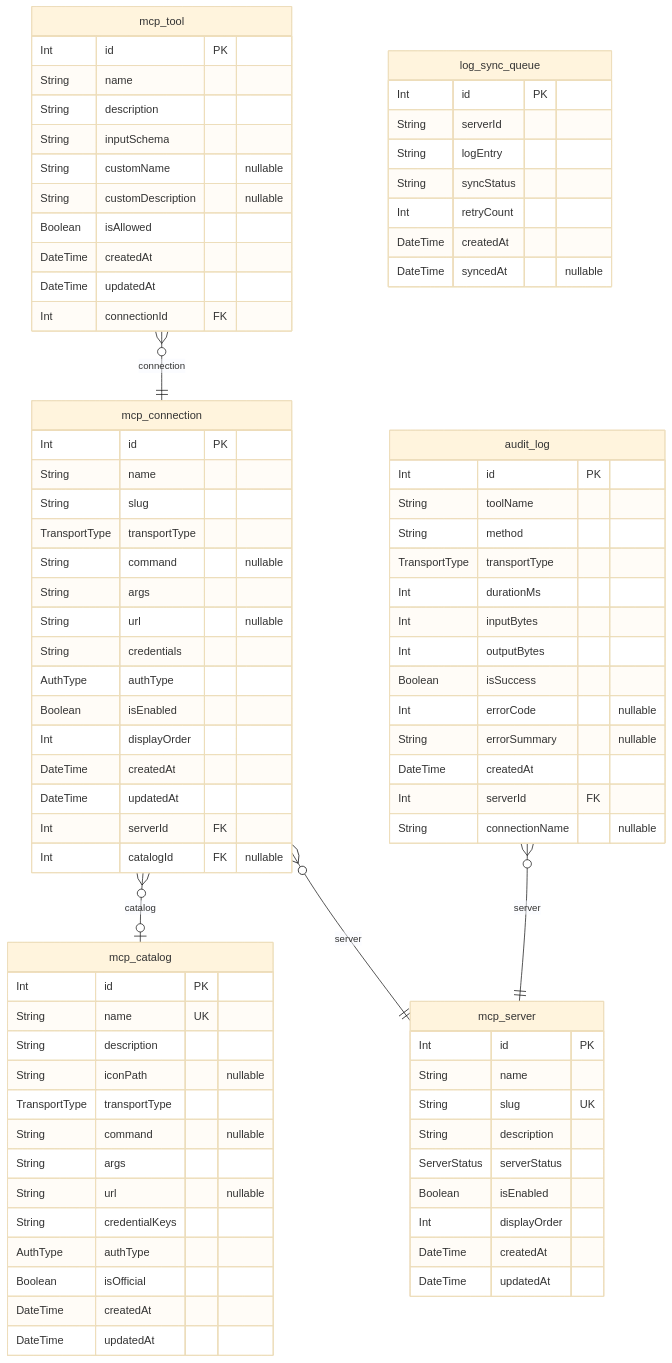
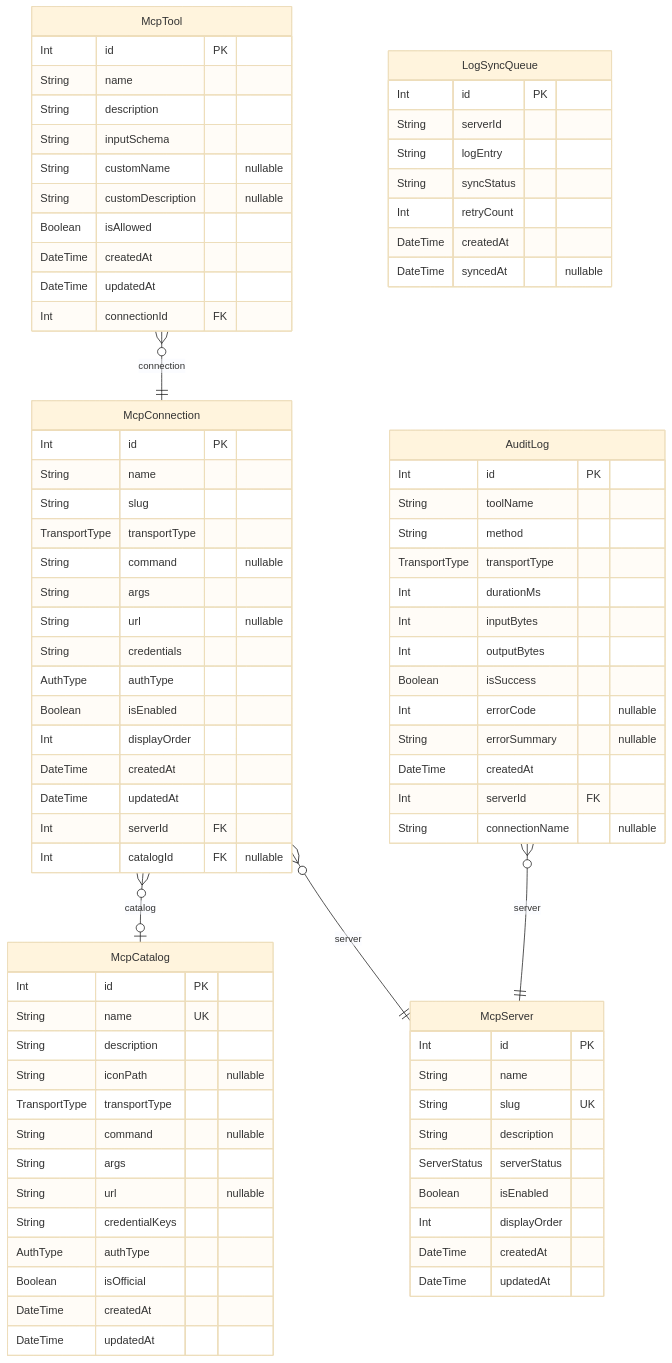
The second of 2 diagrams in apps/desktop/prisma/README.md (rayven122/tumiki), drawn with Mermaid (base theme) before and after one commit. The commit also changed other lines of this file and 3 other files, not shown here.

````diff
--- a/apps/desktop/prisma/README.md
+++ b/apps/desktop/prisma/README.md
@@ -35,6 +35,6 @@
 ```mermaid
 erDiagram
-"mcp_catalog" {
+"McpCatalog" {
   Int id PK
   String name UK
   String description
@@ -49,7 +49,7 @@
   DateTime createdAt
   DateTime updatedAt
 }
-"mcp_connection" {
+"McpConnection" {
   Int id PK
   String name
   String slug
@@ -66,7 +66,7 @@
   Int serverId FK
   Int catalogId FK "nullable"
 }
-"mcp_tool" {
+"McpTool" {
   Int id PK
   String name
   String description
@@ -78,7 +78,7 @@
   DateTime updatedAt
   Int connectionId FK
 }
-"mcp_server" {
+"McpServer" {
   Int id PK
   String name
   String slug UK
@@ -89,7 +89,7 @@
   DateTime createdAt
   DateTime updatedAt
 }
-"log_sync_queue" {
+"LogSyncQueue" {
   Int id PK
   String serverId
   String logEntry
@@ -98,7 +98,7 @@
   DateTime createdAt
   DateTime syncedAt "nullable"
 }
-"audit_log" {
+"AuditLog" {
   Int id PK
   String toolName
   String method
@@ -113,8 +113,8 @@
   Int serverId FK
   String connectionName "nullable"
 }
-"mcp_connection" }o--|| "mcp_server" : server
-"mcp_connection" }o--o| "mcp_catalog" : catalog
-"mcp_tool" }o--|| "mcp_connection" : connection
-"audit_log" }o--|| "mcp_server" : server
+"McpConnection" }o--|| "McpServer" : server
+"McpConnection" }o--o| "McpCatalog" : catalog
+"McpTool" }o--|| "McpConnection" : connection
+"AuditLog" }o--|| "McpServer" : server
 ```
````
